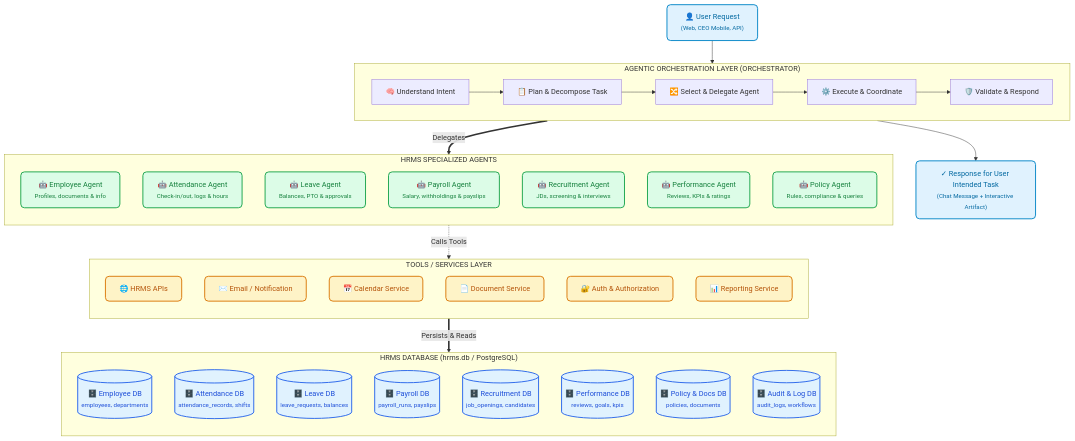
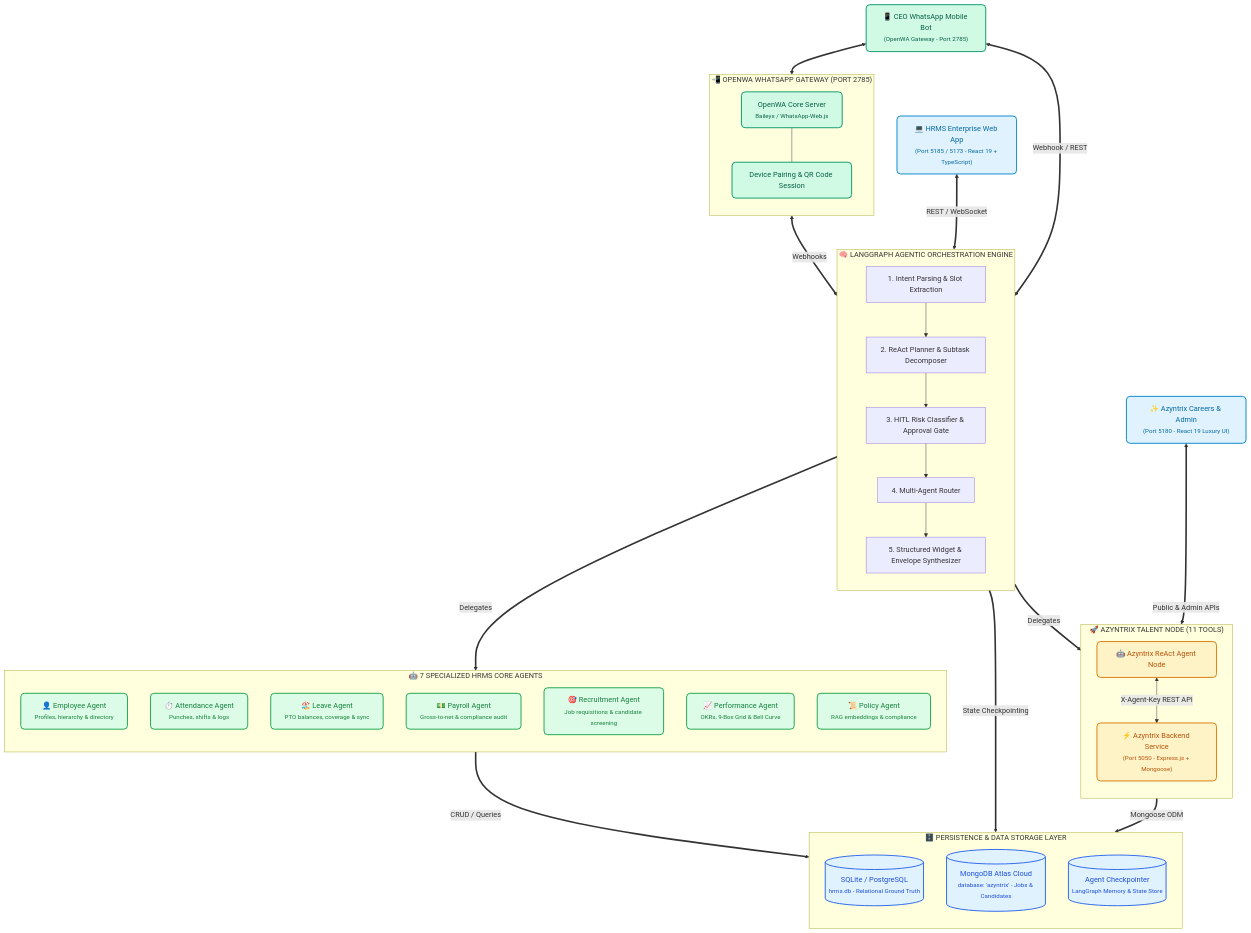
One commit to Adarsh152004/Niyukti-HRMS changed the diagram in README.md. Above: the diagram before and after it, drawn with Mermaid. The commit also changed other lines of this file and 1123 other files, not shown here.

Commit message:
feat: integrate Azyntrix talent suite with MongoDB Atlas, OpenWA WhatsApp gateway, ReAct multi-agent tools & updated architecture docs

````diff
--- a/README.md
+++ b/README.md
@@ -11,70 +11,76 @@
 ```mermaid
 flowchart TD
     %% Styling Classes
     classDef inputOutput fill:#E0F2FE,stroke:#0284C7,stroke-width:2px,color:#0369A1,rx:8px,ry:8px;
     classDef orchestrator fill:#F3E8FF,stroke:#9333EA,stroke-width:2px,color:#6B21A8,rx:8px,ry:8px;
     classDef agents fill:#DCFCE7,stroke:#16A34A,stroke-width:2px,color:#15803D,rx:8px,ry:8px;
-    classDef services fill:#FEF3C7,stroke:#D97706,stroke-width:2px,color:#B45309,rx:8px,ry:8px;
+    classDef azyntrix fill:#FEF3C7,stroke:#D97706,stroke-width:2px,color:#B45309,rx:8px,ry:8px;
+    classDef whatsapp fill:#D1FAE5,stroke:#059669,stroke-width:2px,color:#065F46,rx:8px,ry:8px;
     classDef databases fill:#E0F2FE,stroke:#2563EB,stroke-width:2px,color:#1D4ED8,rx:8px,ry:8px;
 
-    %% 1. Input / Output
-    USER["👤 User Request<br/><small>(Web, CEO Mobile, API)</small>"]:::inputOutput
-    RESPONSE["✓ Response for User Intended Task<br/><small>(Chat Message + Interactive Artifact)</small>"]:::inputOutput
+    %% Client Interfaces
+    CLIENT_WEB["💻 HRMS Enterprise Web App<br/><small>(Port 5185 / 5173 - React 19 + TypeScript)</small>"]:::inputOutput
+    CLIENT_AZYNTRIX["✨ Azyntrix Careers & Admin<br/><small>(Port 5180 - React 19 Luxury UI)</small>"]:::inputOutput
+    CLIENT_CEO["📱 CEO WhatsApp Mobile Bot<br/><small>(OpenWA Gateway - Port 2785)</small>"]:::whatsapp
 
-    %% 2. Agentic Orchestration Layer
-    subgraph ORCH ["AGENTIC ORCHESTRATION LAYER (ORCHESTRATOR)"]
-        direction LR
-        O1["🧠 Understand Intent"]
-        O2["📋 Plan & Decompose Task"]
-        O3["🔀 Select & Delegate Agent"]
-        O4["⚙️ Execute & Coordinate"]
-        O5["🛡️ Validate & Respond"]
-        O1 --> O2 --> O3 --> O4 --> O5
+    %% Orchestration Layer
+    subgraph ORCH ["🧠 LANGGRAPH AGENTIC ORCHESTRATION ENGINE"]
+        direction TB
+        NLU["1. Intent Parsing & Slot Extraction"]
+        PLAN["2. ReAct Planner & Subtask Decomposer"]
+        GATE["3. HITL Risk Classifier & Approval Gate"]
+        DISPATCH["4. Multi-Agent Router"]
+        SYNTH["5. Structured Widget & Envelope Synthesizer"]
+        NLU --> PLAN --> GATE --> DISPATCH --> SYNTH
     end
     class ORCH orchestrator;
 
-    USER --> ORCH
-    ORCH --> RESPONSE
+    CLIENT_WEB <==>|REST / WebSocket| ORCH
+    CLIENT_CEO <==>|Webhook / REST| ORCH
 
-    %% 3. HRMS Specialized Agents Layer
-    subgraph AGENTS ["HRMS SPECIALIZED AGENTS"]
+    %% 7 Specialized Core Agents
+    subgraph CORE_AGENTS ["🤖 7 SPECIALIZED HRMS CORE AGENTS"]
         direction TB
-        A1["🤖 Employee Agent<br/><small>Profiles, documents & info</small>"]:::agents
-        A2["🤖 Attendance Agent<br/><small>Check-in/out, logs & hours</small>"]:::agents
-        A3["🤖 Leave Agent<br/><small>Balances, PTO & approvals</small>"]:::agents
-        A4["🤖 Payroll Agent<br/><small>Salary, withholdings & payslips</small>"]:::agents
-        A5["🤖 Recruitment Agent<br/><small>JDs, screening & interviews</small>"]:::agents
-        A6["🤖 Performance Agent<br/><small>Reviews, KPIs & ratings</small>"]:::agents
-        A7["🤖 Policy Agent<br/><small>Rules, compliance & queries</small>"]:::agents
+        A1["👤 Employee Agent<br/><small>Profiles, hierarchy & directory</small>"]:::agents
+        A2["⏱️ Attendance Agent<br/><small>Punches, shifts & logs</small>"]:::agents
+        A3["🏖️ Leave Agent<br/><small>PTO balances, coverage & sync</small>"]:::agents
+        A4["💵 Payroll Agent<br/><small>Gross-to-net & compliance audit</small>"]:::agents
+        A5["🎯 Recruitment Agent<br/><small>Job requisitions & candidate screening</small>"]:::agents
+        A6["📈 Performance Agent<br/><small>OKRs, 9-Box Grid & Bell Curve</small>"]:::agents
+        A7["📜 Policy Agent<br/><small>RAG embeddings & compliance</small>"]:::agents
     end
 
-    O3 ==>|Delegates| AGENTS
-
-    %% 4. Tools / Services Layer
-    subgraph TOOLS ["TOOLS / SERVICES LAYER"]
+    %% Azyntrix Node & Talent Suite
+    subgraph AZYNTRIX_ENGINE ["🚀 AZYNTRIX TALENT NODE (11 TOOLS)"]
         direction TB
-        T1["🌐 HRMS APIs"]:::services
-        T2["✉️ Email / Notification"]:::services
-        T3["📅 Calendar Service"]:::services
-        T4["📄 Document Service"]:::services
-        T5["🔐 Auth & Authorization"]:::services
-        T6["📊 Reporting Service"]:::services
+        AZ_NODE["🤖 Azyntrix ReAct Agent Node"]:::azyntrix
+        AZ_BACKEND["⚡ Azyntrix Backend Service<br/><small>(Port 5050 - Express.js + Mongoose)</small>"]:::azyntrix
+        AZ_NODE <-->|X-Agent-Key REST API| AZ_BACKEND
     end
 
-    AGENTS -.->|Calls Tools| TOOLS
+    DISPATCH ==>|Delegates| CORE_AGENTS
+    DISPATCH ==>|Delegates| AZ_NODE
+    CLIENT_AZYNTRIX <==>|Public & Admin APIs| AZ_BACKEND
 
-    %% 5. HRMS Database Layer
-    subgraph DB ["HRMS DATABASE (hrms.db / PostgreSQL)"]
+    %% OpenWA Gateway
+    subgraph WA_GATEWAY ["📲 OPENWA WHATSAPP GATEWAY (PORT 2785)"]
         direction TB
-        D1[("🗄️ Employee DB<br/><small>employees, departments</small>")]:::databases
-        D2[("🗄️ Attendance DB<br/><small>attendance_records, shifts</small>")]:::databases
-        D3[("🗄️ Leave DB<br/><small>leave_requests, balances</small>")]:::databases
-        D4[("🗄️ Payroll DB<br/><small>payroll_runs, payslips</small>")]:::databases
-        D5[("🗄️ Recruitment DB<br/><small>job_openings, candidates</small>")]:::databases
-        D6[("🗄️ Performance DB<br/><small>reviews, goals, kpis</small>")]:::databases
-        D7[("🗄️ Policy & Docs DB<br/><small>policies, documents</small>")]:::databases
-        D8[("🗄️ Audit & Log DB<br/><small>audit_logs, workflows</small>")]:::databases
+        OPENWA_SRV["OpenWA Core Server<br/><small>Baileys / WhatsApp-Web.js</small>"]:::whatsapp
+        WA_SESSION["Device Pairing & QR Code Session"]:::whatsapp
+        OPENWA_SRV --- WA_SESSION
+    end
+    CLIENT_CEO <==> WA_GATEWAY
+    WA_GATEWAY <==>|Webhooks| ORCH
+
+    %% Storage & Persistence Layer
+    subgraph STORAGE ["🗄️ PERSISTENCE & DATA STORAGE LAYER"]
+        direction TB
+        DB_SQLITE[("SQLite / PostgreSQL<br/><small>hrms.db - Relational Ground Truth</small>")]:::databases
+        DB_MONGO[("MongoDB Atlas Cloud<br/><small>database: 'azyntrix' - Jobs & Candidates</small>")]:::databases
+        DB_SESSIONS[("Agent Checkpointer<br/><small>LangGraph Memory & State Store</small>")]:::databases
     end
 
-    TOOLS ==>|Persists & Reads| DB
+    CORE_AGENTS ==>|CRUD / Queries| DB_SQLITE
+    AZ_BACKEND ==>|Mongoose ODM| DB_MONGO
+    ORCH ==>|State Checkpointing| DB_SESSIONS
 ```
````
